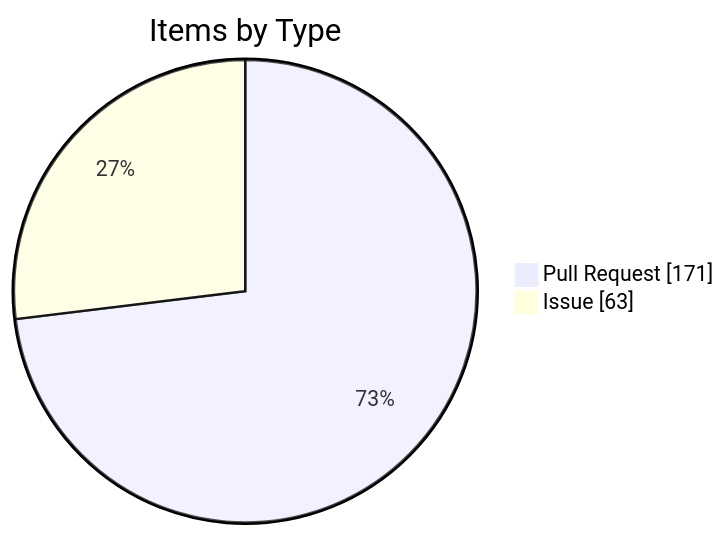
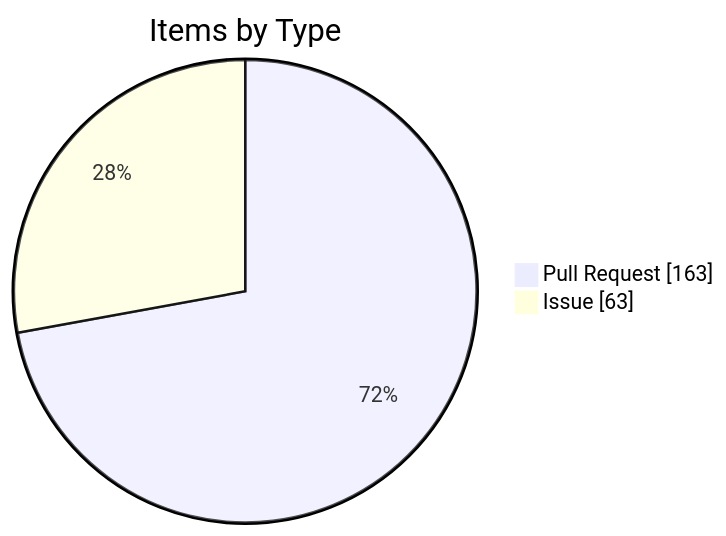
Before and after one commit to KBVE/kbve: the fourth of 4 diagrams in apps/kbve/astro-kbve/src/content/docs/dashboard/kanban-data.mdx, drawn with Mermaid. The commit also changed other lines of this file and 8 other files, not shown here.

````diff
--- a/apps/kbve/astro-kbve/src/content/docs/dashboard/kanban-data.mdx
+++ b/apps/kbve/astro-kbve/src/content/docs/dashboard/kanban-data.mdx
@@ -116,6 +116,6 @@
 ```mermaid
 pie showData
     title Items by Type
-    "Pull Request" : 171
+    "Pull Request" : 163
     "Issue" : 63
 ```
````
